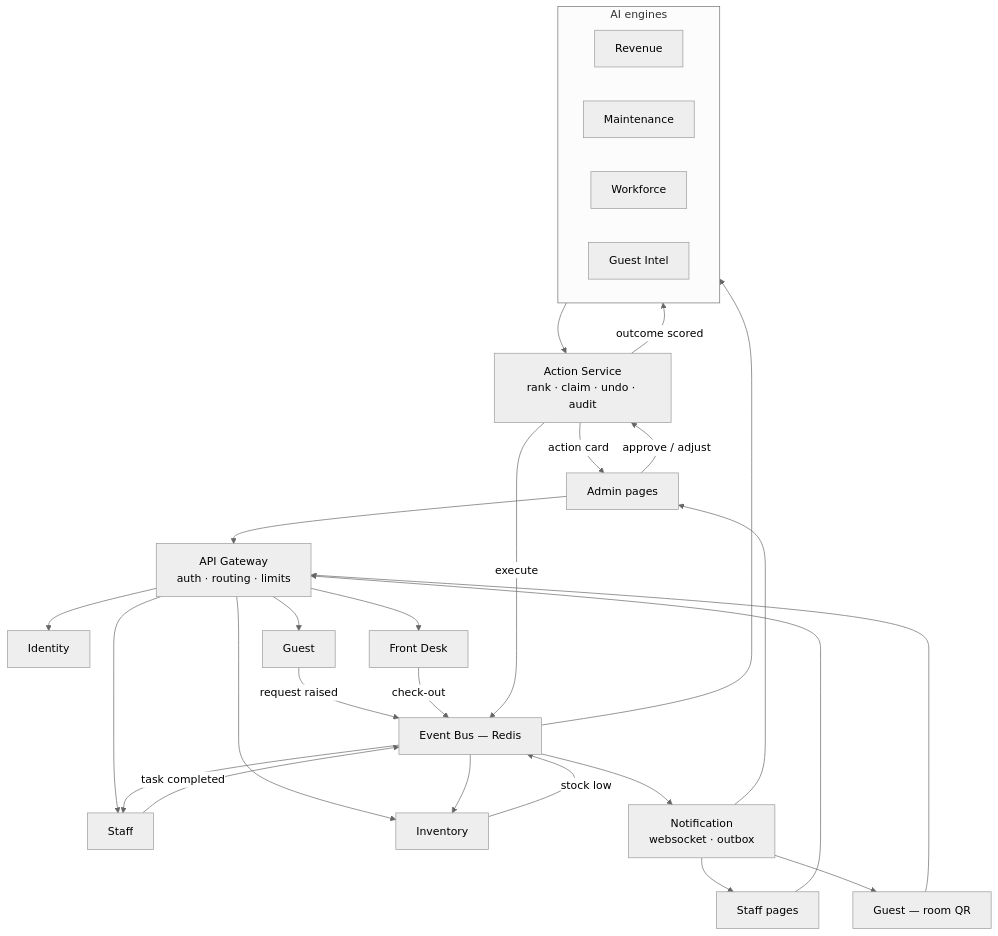
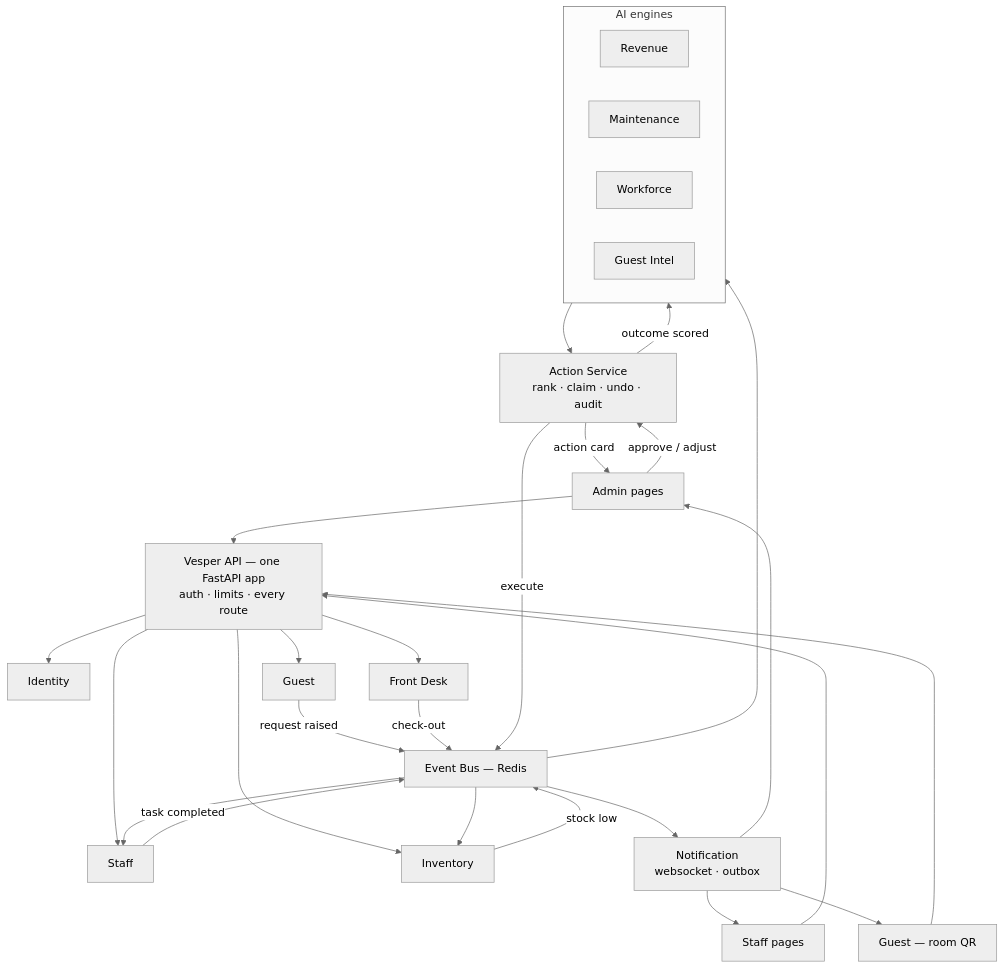
One commit to Harsh-bugs4ever/Vesper changed the diagram in README.md. Above: the diagram before and after it, drawn with Mermaid (neutral theme). The commit also changed other lines of this file and 263 other files, not shown here.

First line of the commit message:
Fold the thirteen services into one FastAPI application

````diff
--- a/README.md
+++ b/README.md
@@ -41,43 +41,43 @@
 ```mermaid
 flowchart TD
-    G["Guest — room QR"] --> GW
-    S["Staff pages"] --> GW
-    A["Admin pages"] --> GW
+    G["Guest — room QR"] --> API
+    S["Staff pages"] --> API
+    A["Admin pages"] --> API
 
-    GW["API Gateway<br/>auth · routing · limits"]
+    API["Vesper API — one FastAPI app<br/>auth · limits · every route"]
 
-    GW --> ID["Identity"]
-    GW --> GS["Guest"]
-    GW --> ST["Staff"]
-    GW --> IN["Inventory"]
-    GW --> FD["Front Desk"]
+    API --> ID["Identity"]
+    API --> GS["Guest"]
+    API --> ST["Staff"]
+    API --> IN["Inventory"]
+    API --> FD["Front Desk"]
 
     GS -->|request raised| BUS
     ST -->|task completed| BUS
     FD -->|check-out| BUS
     IN -->|stock low| BUS
 
     BUS["Event Bus — Redis"]
 
     BUS --> ST
     BUS --> IN
     BUS --> ENG
 
     subgraph ENG["AI engines"]
         RV["Revenue"]
         MT["Maintenance"]
         WF["Workforce"]
         GI["Guest Intel"]
     end
 
     ENG --> AC["Action Service<br/>rank · claim · undo · audit"]
     AC -->|action card| A
     A -->|approve / adjust| AC
     AC -->|execute| BUS
     AC -->|outcome scored| ENG
 
     BUS --> NT["Notification<br/>websocket · outbox"]
     NT --> S
     NT --> A
     NT --> G
 ```
````
